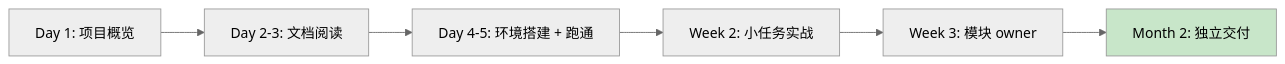
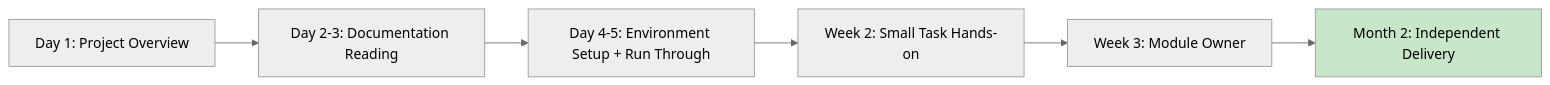
Before and after one commit to Kirky-X/cangjie: the second of 2 diagrams in templates/产品/退役层/【模板】知识沉淀.md, drawn with Mermaid (neutral theme). The commit also changed other lines of this file and 60 other files, not shown here.

````diff
--- a/templates/产品/退役层/【模板】知识沉淀.md
+++ b/templates/产品/退役层/【模板】知识沉淀.md
@@ -391,9 +343,9 @@
 ```mermaid
 flowchart LR
-    A[Day 1: 项目概览] --> B[Day 2-3: 文档阅读]
-    B --> C[Day 4-5: 环境搭建 + 跑通]
-    C --> D[Week 2: 小任务实战]
-    D --> E[Week 3: 模块 owner]
-    E --> F[Month 2: 独立交付]
+    A[Day 1: Project Overview] --> B[Day 2-3: Documentation Reading]
+    B --> C[Day 4-5: Environment Setup + Run Through]
+    C --> D[Week 2: Small Task Hands-on]
+    D --> E[Week 3: Module Owner]
+    E --> F[Month 2: Independent Delivery]
     style F fill:#c8e6c9
 ```
````
